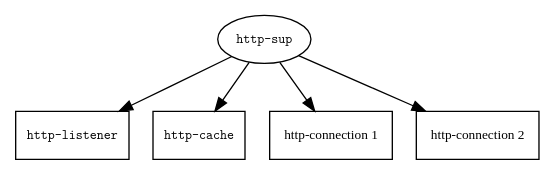
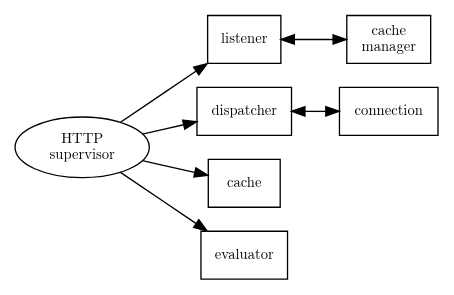
The diagram in doc/swish/http-tree.dot (becls/swish), drawn with Graphviz before and after one commit. The commit also changed 6 other files, not shown here.

```diff
--- a/doc/swish/http-tree.dot
+++ b/doc/swish/http-tree.dot
@@ -1,13 +1,17 @@
 digraph G {
-  graph [margin=0];
-  node [shape=box,fontname="Latin Modern Mono",fontsize=10];
-  supervisor [label="http-sup",shape=ellipse];
-  listener [label="http-listener"];
-  cache [label="http-cache"];
-  hc1 [label="http-connection 1",fontname="Latin Modern Roman,"];
-  hc2 [label="http-connection 2",fontname="Latin Modern Roman,"];
+  concentrate=true;
+  graph [margin=0,rankdir=LR];
+  node [shape=box,fontname="Latin Modern Roman",fontsize=11];
+  supervisor [label="HTTP\nsupervisor",shape=ellipse];
+  listener [label="listener"];
+  dispatcher [label="dispatcher"];
+  cachemgr [label="cache\nmanager"];
   supervisor -> listener;
   supervisor -> cache;
-  supervisor -> hc1;
-  supervisor -> hc2;
+  supervisor -> dispatcher;
+  supervisor -> evaluator;
+  listener -> cachemgr;
+  cachemgr -> listener;
+  dispatcher -> connection;
+  connection -> dispatcher;
 }
```
